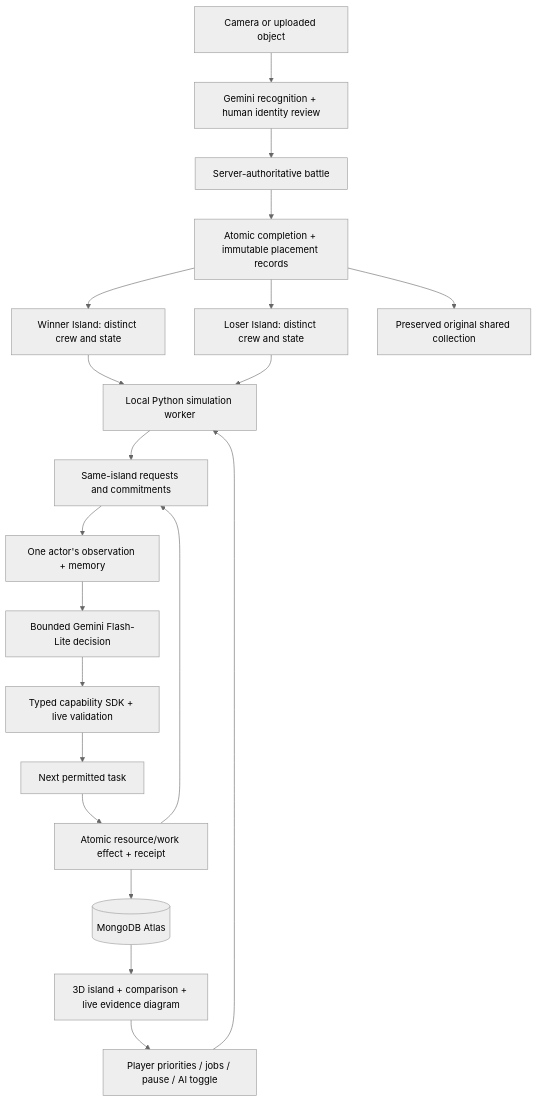
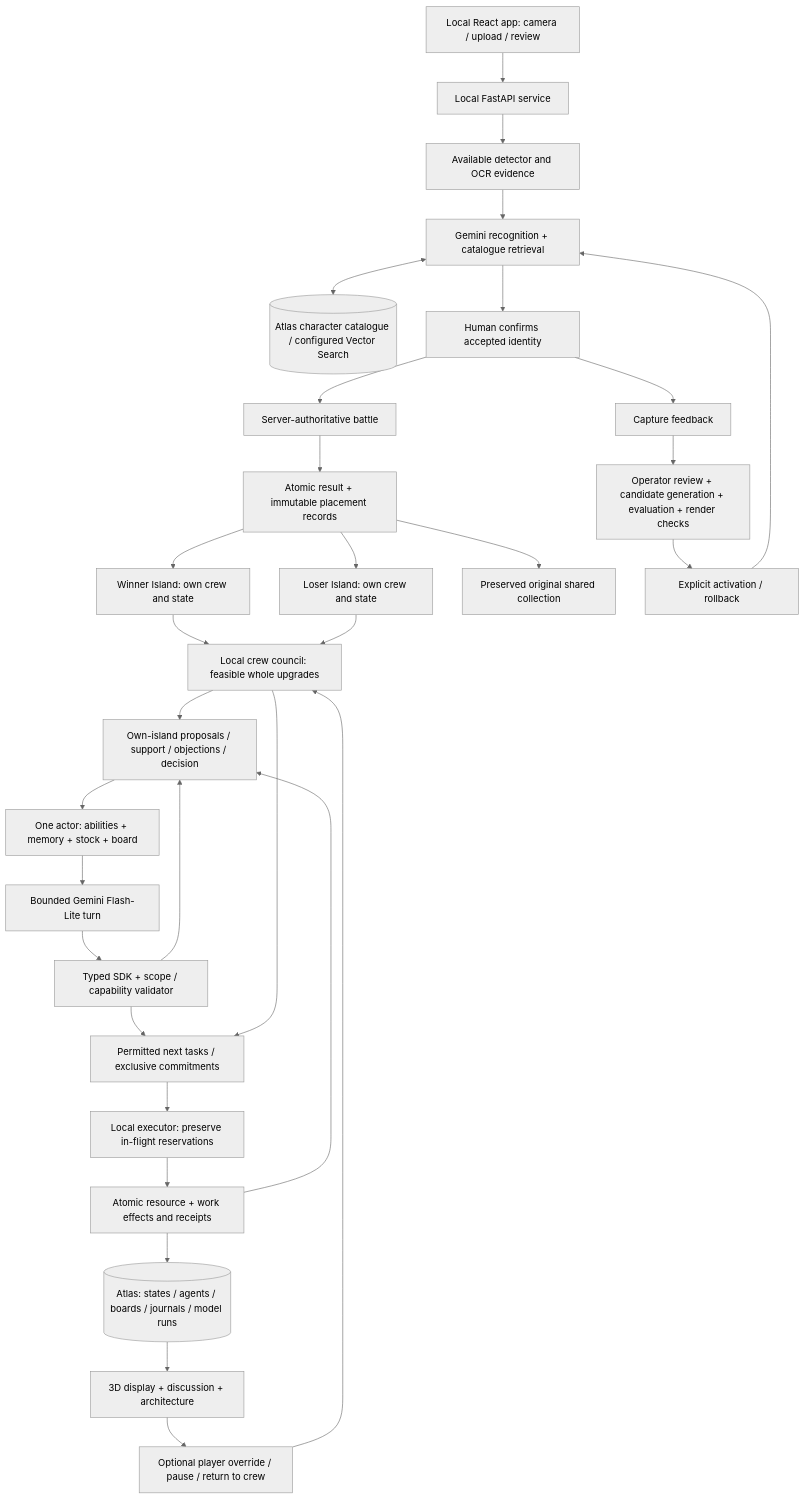
Before and after one commit to Sukhraj1000/sketch-clash: the first of 2 diagrams in COLONIES_IMPLEMENTATION.md, drawn with Mermaid (neutral theme). The commit also changed other lines of this file and 3 other files, not shown here.

Commit message:
Document autonomous crew architecture and surface live provider failures

````diff
--- a/COLONIES_IMPLEMENTATION.md
+++ b/COLONIES_IMPLEMENTATION.md
@@ -7,22 +7,33 @@
 ```mermaid
 flowchart TB
-  Photo[Camera or uploaded object] --> Review[Gemini recognition + human identity review]
+  Browser[Local React app: camera / upload / review] --> API[Local FastAPI service]
+  API --> Evidence[Available detector and OCR evidence]
+  Evidence --> Recognition[Gemini recognition + catalogue retrieval]
+  Recognition <--> Catalogue[(Atlas character catalogue / configured Vector Search)]
+  Recognition --> Review[Human confirms accepted identity]
   Review --> Battle[Server-authoritative battle]
-  Battle --> Commit[Atomic completion + immutable placement records]
-  Commit --> W[Winner Island: distinct crew and state]
-  Commit --> L[Loser Island: distinct crew and state]
-  Commit --> Legacy[Preserved original shared collection]
-  W --> Loop[Local Python simulation worker]
-  L --> Loop
-  Loop --> Board[Same-island requests and commitments]
-  Board --> Observe[One actor's observation + memory]
-  Observe --> Gemini[Bounded Gemini Flash-Lite decision]
-  Gemini --> SDK[Typed capability SDK + live validation]
-  SDK --> Task[Next permitted task]
-  Task --> Receipt[Atomic resource/work effect + receipt]
-  Receipt --> Board
-  Receipt --> Atlas[(MongoDB Atlas)]
-  Atlas --> UI[3D island + comparison + live evidence diagram]
-  UI --> Control[Player priorities / jobs / pause / AI toggle]
-  Control --> Loop
+  Battle --> Commit[Atomic result + immutable placement records]
+  Commit --> W[Winner Island: own crew and state]
+  Commit --> L[Loser Island: own crew and state]
+  Commit --> Original[Preserved original shared collection]
+  W --> Council[Local crew council: feasible whole upgrades]
+  L --> Council
+  Council --> Board[Own-island proposals / support / objections / decision]
+  Board --> Observe[One actor: abilities + memory + stock + board]
+  Observe --> Gemini[Bounded Gemini Flash-Lite turn]
+  Gemini --> SDK[Typed SDK + scope / capability validator]
+  SDK --> Board
+  SDK --> Tasks[Permitted next tasks / exclusive commitments]
+  Council --> Tasks
+  Tasks --> Executor[Local executor: preserve in-flight reservations]
+  Executor --> Receipts[Atomic resource + work effects and receipts]
+  Receipts --> Board
+  Receipts --> Atlas[(Atlas: states / agents / boards / journals / model runs)]
+  Atlas --> Scene[3D display + discussion + architecture]
+  Scene --> Controls[Optional player override / pause / return to crew]
+  Controls --> Council
+  Review --> Feedback[Capture feedback]
+  Feedback --> Quality[Operator review + candidate generation + evaluation + render checks]
+  Quality --> Activate[Explicit activation / rollback]
+  Activate --> Recognition
 ```
````
